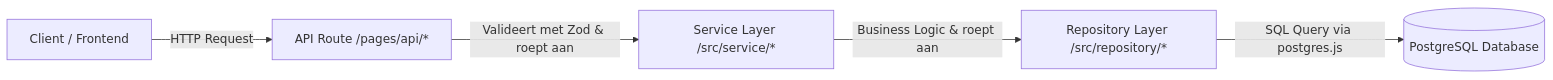
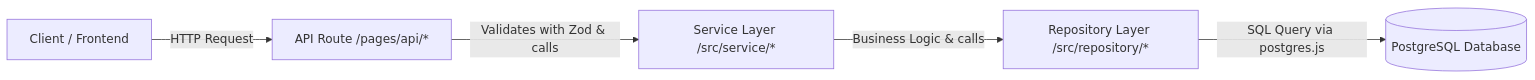
The diagram in README.md (nielg/DishBox), drawn with Mermaid before and after one commit. The commit also changed other lines of this file, not shown here.

````diff
--- a/README.md
+++ b/README.md
@@ -53,7 +53,7 @@
 ```mermaid
 graph LR
     Client[Client / Frontend] -->|HTTP Request| API[API Route /pages/api/*]
-    API -->|Valideert met Zod & roept aan| Service[Service Layer /src/service/*]
-    Service -->|Business Logic & roept aan| Repo[Repository Layer /src/repository/*]
+    API -->|Validates with Zod & calls| Service[Service Layer /src/service/*]
+    Service -->|Business Logic & calls| Repo[Repository Layer /src/repository/*]
     Repo -->|SQL Query via postgres.js| DB[(PostgreSQL Database)]
 ```
````
